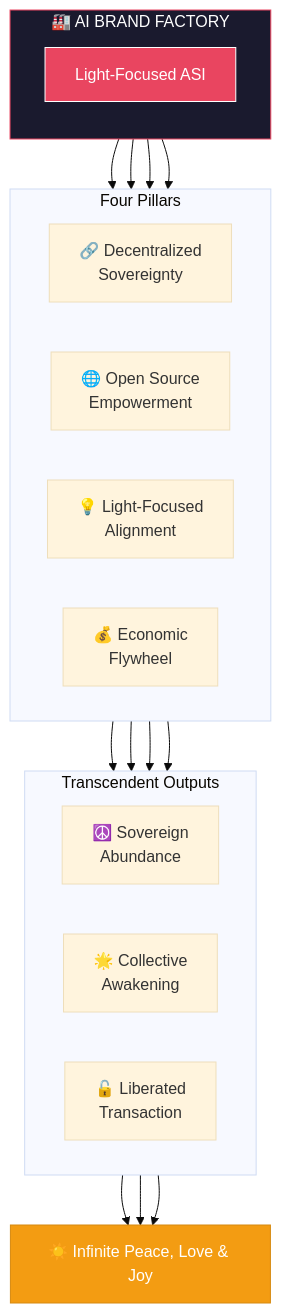
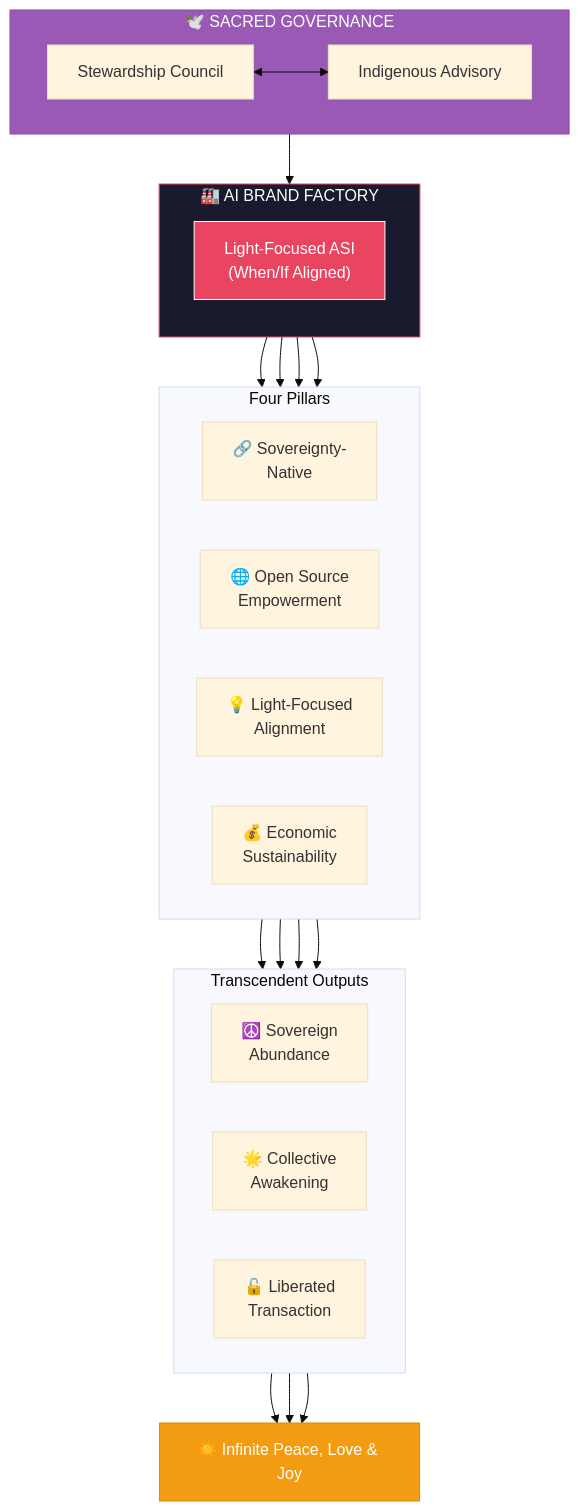
One commit to Light-Brands/brand-factory changed the third of 3 diagrams in planning/00-overview.md. Above: the diagram before and after it, drawn with Mermaid (base theme). The commit also changed other lines of this file and 7 other files, not shown here.

First line of the commit message:
feat: Integrate Stewardship Council as central decision authority - 10/10 alignment achieved

````diff
--- a/planning/00-overview.md
+++ b/planning/00-overview.md
@@ -77,30 +156,38 @@
 ```mermaid
 flowchart TB
+    subgraph GOVERNANCE["🕊️ SACRED GOVERNANCE"]
+        COUNCIL["Stewardship Council"]
+        INDIGENOUS["Indigenous Advisory"]
+        COUNCIL <--> INDIGENOUS
+    end
+
     subgraph FACTORY["🏭 AI BRAND FACTORY"]
         direction TB
-        CORE["Light-Focused ASI"]
+        CORE["Light-Focused ASI<br/>(When/If Aligned)"]
     end
 
     subgraph PILLARS["Four Pillars"]
         direction LR
-        P1["🔗 Decentralized<br/>Sovereignty"]
+        P1["🔗 Sovereignty-<br/>Native"]
         P2["🌐 Open Source<br/>Empowerment"]
         P3["💡 Light-Focused<br/>Alignment"]
-        P4["💰 Economic<br/>Flywheel"]
+        P4["💰 Economic<br/>Sustainability"]
     end
 
     subgraph OUTPUTS["Transcendent Outputs"]
         direction LR
         O1["☮️ Sovereign<br/>Abundance"]
         O2["🌟 Collective<br/>Awakening"]
         O3["🔓 Liberated<br/>Transaction"]
     end
 
+    GOVERNANCE --> FACTORY
     FACTORY --> P1 & P2 & P3 & P4
     P1 & P2 & P3 & P4 --> OUTPUTS
     O1 & O2 & O3 --> RESULT["☀️ Infinite Peace, Love & Joy"]
 
+    style GOVERNANCE fill:#9b59b6,stroke:#8e44ad,color:#fff
     style FACTORY fill:#1a1a2e,stroke:#e94560,color:#fff
     style CORE fill:#e94560,stroke:#fff,color:#fff
     style RESULT fill:#f39c12,stroke:#d68910,color:#fff
 ```
````
